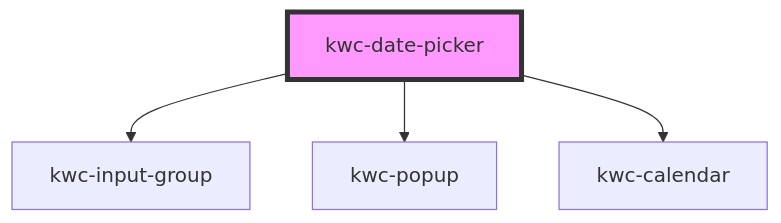
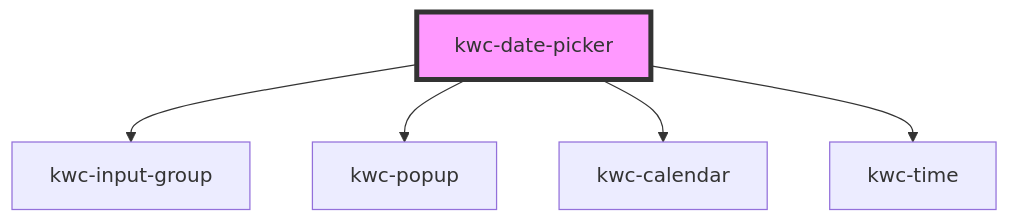
Before and after one commit to kvlvgg/kwc-elements: the diagram in src/components/kwc-date-picker/readme.md, drawn with Mermaid. The commit also changed other lines of this file and 14 other files, not shown here.

First line of the commit message:
Add kwc-time component and integrate with date picker

````diff
--- a/src/components/kwc-date-picker/readme.md
+++ b/src/components/kwc-date-picker/readme.md
@@ -33,7 +35,8 @@
 ```mermaid
 graph TD;
   kwc-date-picker --> kwc-input-group
   kwc-date-picker --> kwc-popup
   kwc-date-picker --> kwc-calendar
+  kwc-date-picker --> kwc-time
   style kwc-date-picker fill:#f9f,stroke:#333,stroke-width:4px
 ```
````
